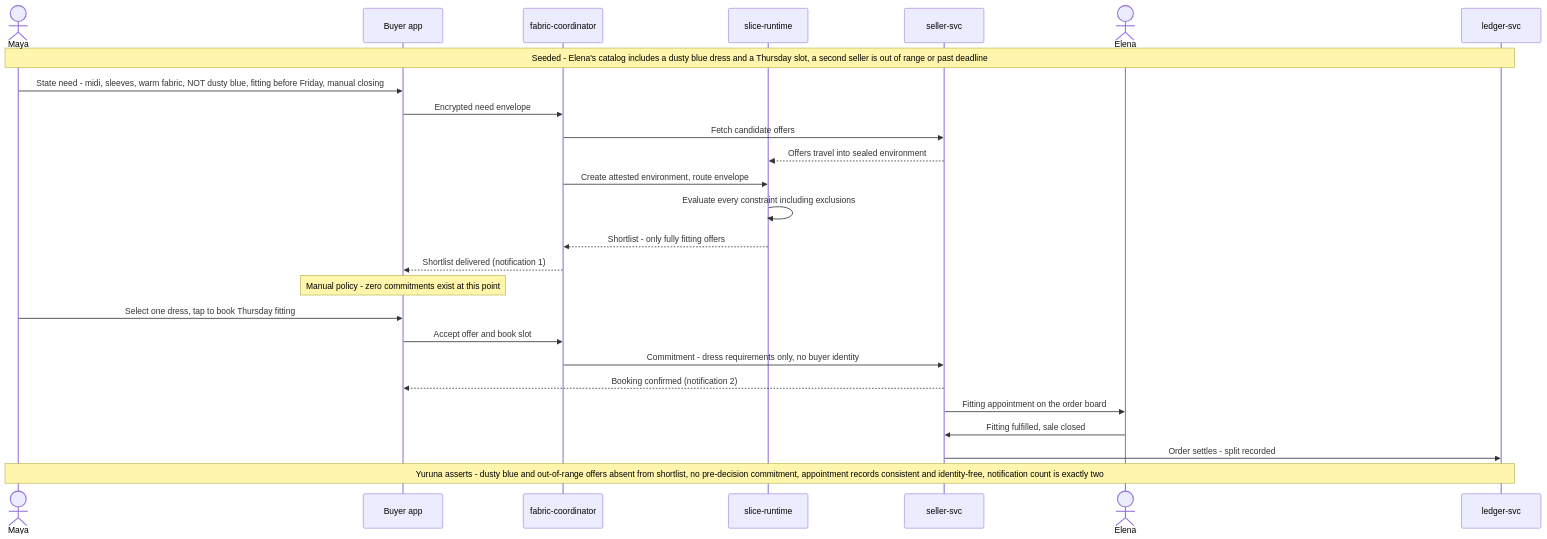
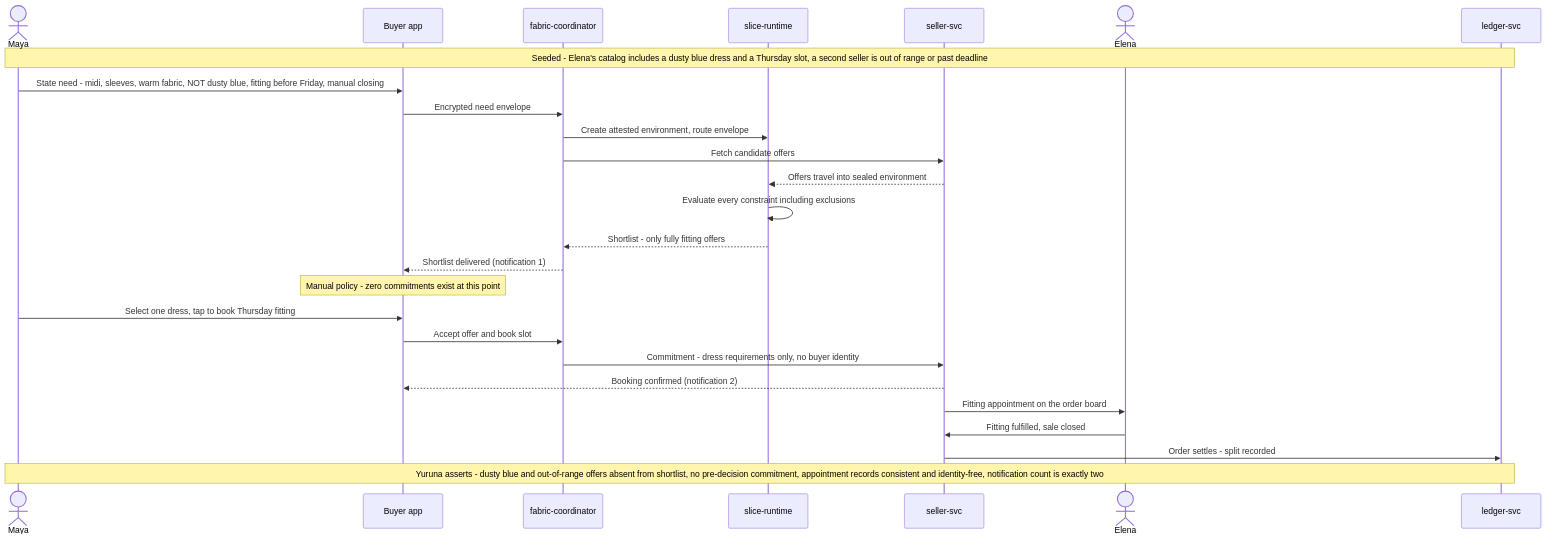
Before and after one commit to alius-git/amisad.dev: the diagram in plan/design/seq.s002.fitting.md, drawn with Mermaid. The commit also changed other lines of this file and 17 other files, not shown here.

````diff
--- a/plan/design/seq.s002.fitting.md
+++ b/plan/design/seq.s002.fitting.md
@@ -7,29 +7,29 @@
 ```mermaid
 sequenceDiagram
     actor Maya
     participant BuyerApp as Buyer app
     participant Coordinator as fabric-coordinator
     participant SliceRT as slice-runtime
     participant SellerSvc as seller-svc
     actor Elena
     participant LedgerSvc as ledger-svc
 
     Note over Maya,LedgerSvc: Seeded - Elena's catalog includes a dusty blue dress and a Thursday slot, a second seller is out of range or past deadline
     Maya->>BuyerApp: State need - midi, sleeves, warm fabric, NOT dusty blue, fitting before Friday, manual closing
     BuyerApp->>Coordinator: Encrypted need envelope
+    Coordinator->>SliceRT: Create attested environment, route envelope
     Coordinator->>SellerSvc: Fetch candidate offers
     SellerSvc-->>SliceRT: Offers travel into sealed environment
-    Coordinator->>SliceRT: Create attested environment, route envelope
     SliceRT->>SliceRT: Evaluate every constraint including exclusions
     SliceRT-->>Coordinator: Shortlist - only fully fitting offers
     Coordinator-->>BuyerApp: Shortlist delivered (notification 1)
     Note over BuyerApp: Manual policy - zero commitments exist at this point
     Maya->>BuyerApp: Select one dress, tap to book Thursday fitting
     BuyerApp->>Coordinator: Accept offer and book slot
     Coordinator->>SellerSvc: Commitment - dress requirements only, no buyer identity
     SellerSvc-->>BuyerApp: Booking confirmed (notification 2)
     SellerSvc->>Elena: Fitting appointment on the order board
     Elena->>SellerSvc: Fitting fulfilled, sale closed
     SellerSvc->>LedgerSvc: Order settles - split recorded
     Note over Maya,LedgerSvc: Yuruna asserts - dusty blue and out-of-range offers absent from shortlist, no pre-decision commitment, appointment records consistent and identity-free, notification count is exactly two
 ```
````
